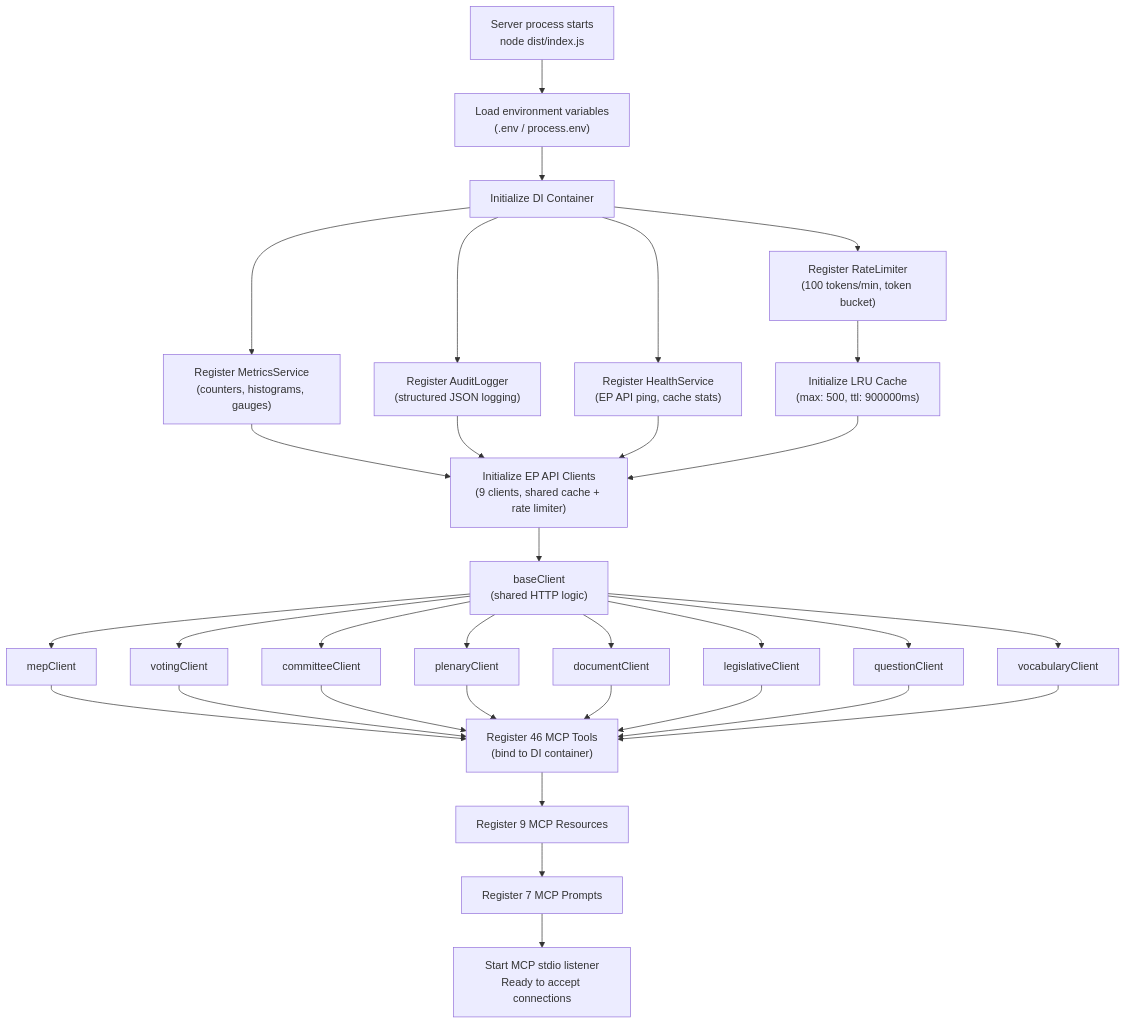
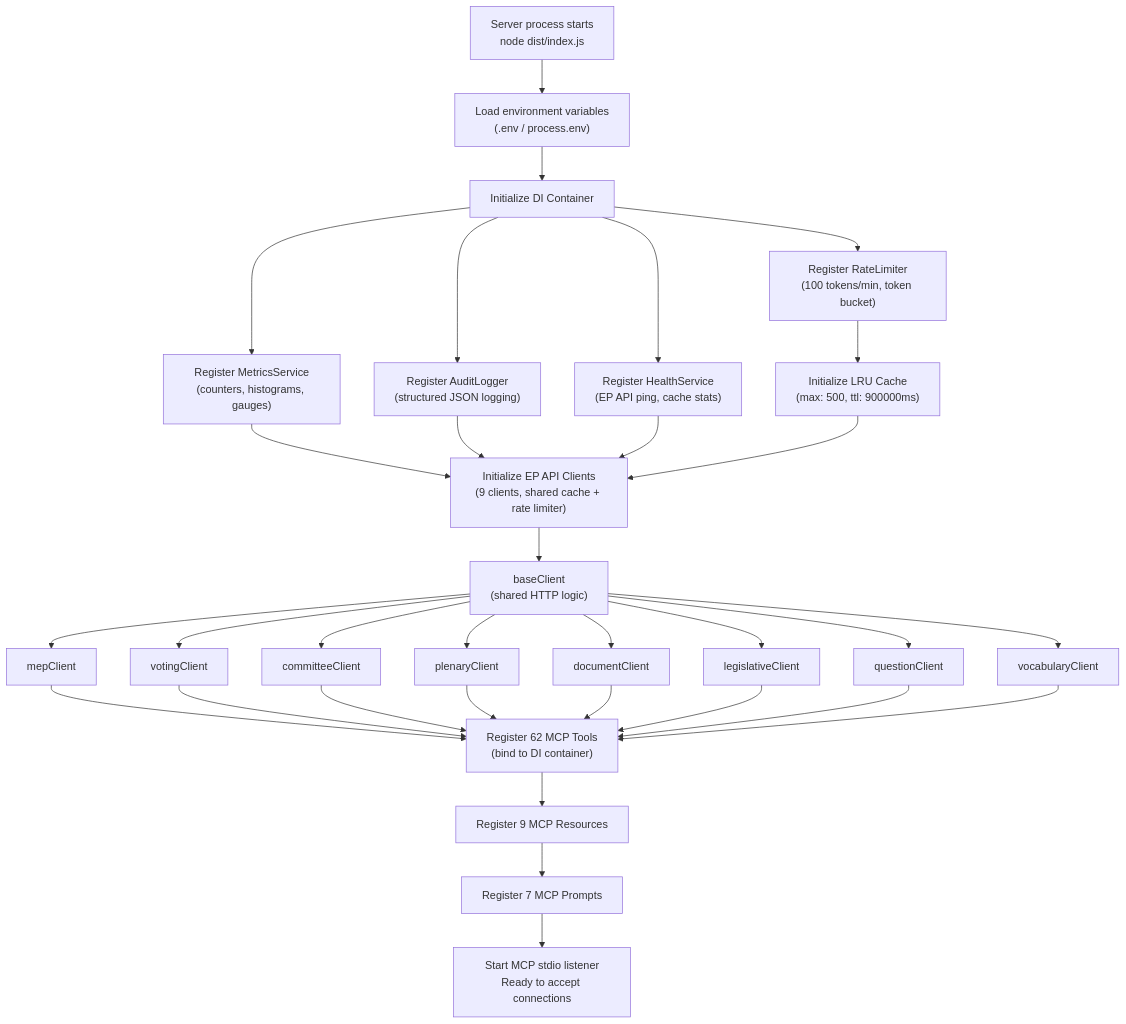
One commit to Hack23/European-Parliament-MCP-Server changed the fourth of 7 diagrams in FLOWCHART.md. Above: the diagram before and after it, drawn with Mermaid. The commit also changed other lines of this file and 13 other files, not shown here.

````diff
--- a/FLOWCHART.md
+++ b/FLOWCHART.md
@@ -146,34 +146,34 @@
 ```mermaid
 flowchart TD
     START["Server process starts\nnode dist/index.js"] --> ENV["Load environment variables\n(.env / process.env)"]
     ENV --> DI["Initialize DI Container"]
     DI --> RL_INIT["Register RateLimiter\n(100 tokens/min, token bucket)"]
     DI --> MS_INIT["Register MetricsService\n(counters, histograms, gauges)"]
     DI --> AL_INIT["Register AuditLogger\n(structured JSON logging)"]
     DI --> HS_INIT["Register HealthService\n(EP API ping, cache stats)"]
     RL_INIT --> CACHE_INIT["Initialize LRU Cache\n(max: 500, ttl: 900000ms)"]
     MS_INIT --> CLIENTS["Initialize EP API Clients\n(9 clients, shared cache + rate limiter)"]
     AL_INIT --> CLIENTS
     HS_INIT --> CLIENTS
     CACHE_INIT --> CLIENTS
     CLIENTS --> BC["baseClient\n(shared HTTP logic)"]
     BC --> MC["mepClient"]
     BC --> VC["votingClient"]
     BC --> CC["committeeClient"]
     BC --> PC["plenaryClient"]
     BC --> DC["documentClient"]
     BC --> LC["legislativeClient"]
     BC --> QC["questionClient"]
     BC --> VCC["vocabularyClient"]
-    MC --> TOOLS["Register 46 MCP Tools\n(bind to DI container)"]
+    MC --> TOOLS["Register 62 MCP Tools\n(bind to DI container)"]
     VC --> TOOLS
     CC --> TOOLS
     PC --> TOOLS
     DC --> TOOLS
     LC --> TOOLS
     QC --> TOOLS
     VCC --> TOOLS
     TOOLS --> RES["Register 9 MCP Resources"]
     RES --> PROMPTS["Register 7 MCP Prompts"]
     PROMPTS --> LISTEN["Start MCP stdio listener\nReady to accept connections"]
 ```
````
